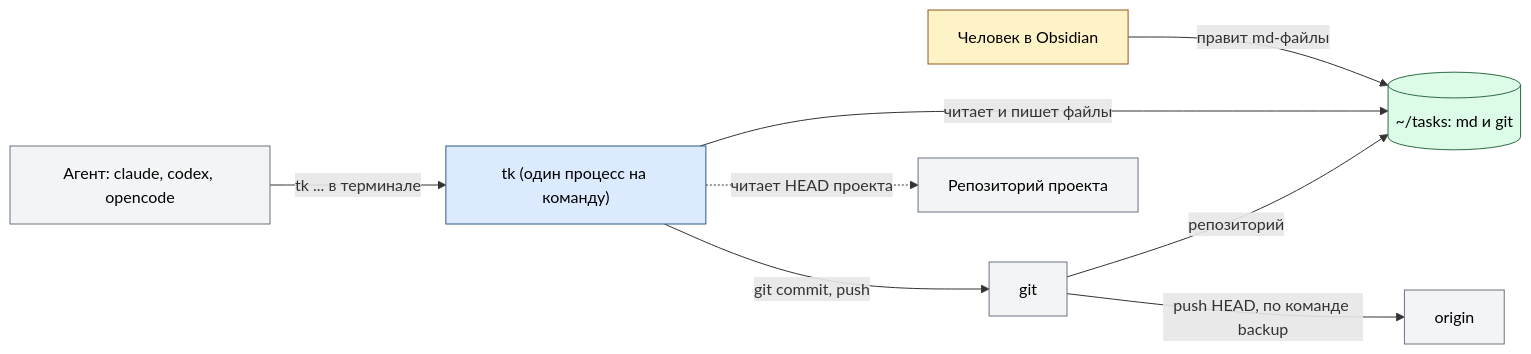
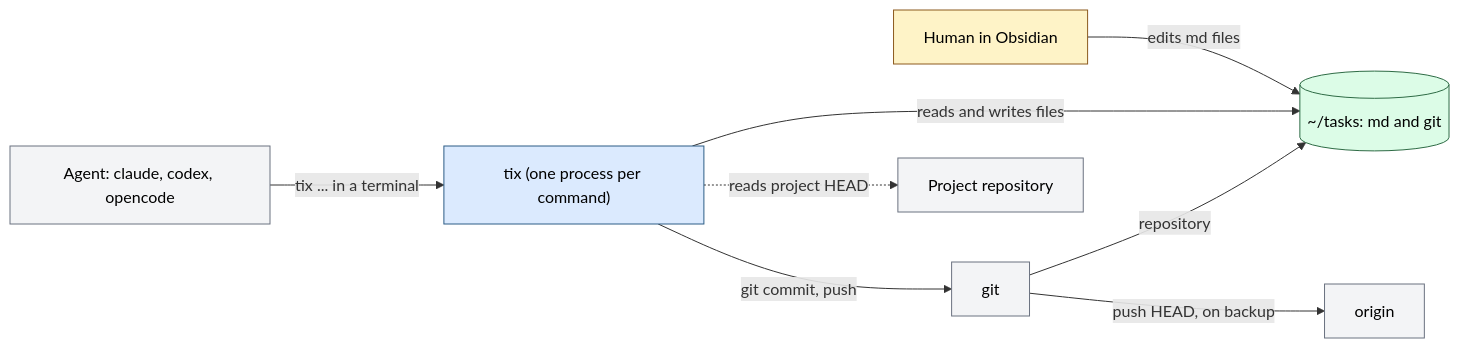
The first of 4 diagrams in docs/architecture.md (daniil4545/tix), drawn with Mermaid before and after one commit. The commit also changed other lines of this file and 12 other files, not shown here.

First line of the commit message:
docs: translate spec, decisions, architecture and project docs to English

````diff
--- a/docs/architecture.md
+++ b/docs/architecture.md
@@ -28,18 +28,18 @@
 ```mermaid
 flowchart LR
-  agent["Агент: claude, codex, opencode"] -->|"tk ... в терминале"| tk["tk (один процесс на команду)"]
-  human["Человек в Obsidian"] -->|"правит md-файлы"| db[("~/tasks: md и git")]
-  tk -->|"читает и пишет файлы"| db
-  tk -->|"git commit, push"| git["git"]
-  git -->|"репозиторий"| db
-  git -->|"push HEAD, по команде backup"| remote["origin"]
-  tk -.->|"читает HEAD проекта"| proj["Репозиторий проекта"]
+  agent["Agent: claude, codex, opencode"] -->|"tix ... in a terminal"| tix["tix (one process per command)"]
+  human["Human in Obsidian"] -->|"edits md files"| db[("~/tasks: md and git")]
+  tix -->|"reads and writes files"| db
+  tix -->|"git commit, push"| git["git"]
+  git -->|"repository"| db
+  git -->|"push HEAD, on backup"| remote["origin"]
+  tix -.->|"reads project HEAD"| proj["Project repository"]
   classDef ours fill:#dbeafe,stroke:#2c5c86,color:#000
   classDef external fill:#f3f4f6,stroke:#6b7280,color:#000
   classDef person fill:#fef3c7,stroke:#8c5a1e,color:#000
   classDef store fill:#dcfce7,stroke:#2e6b45,color:#000
-  class tk ours
+  class tix ours
   class git,remote,proj,agent external
   class human person
   class db store
 ```
````
